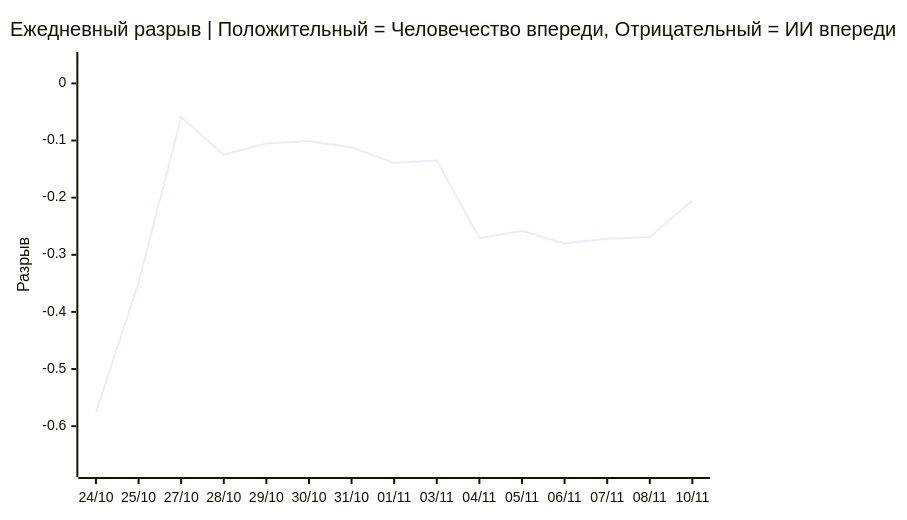
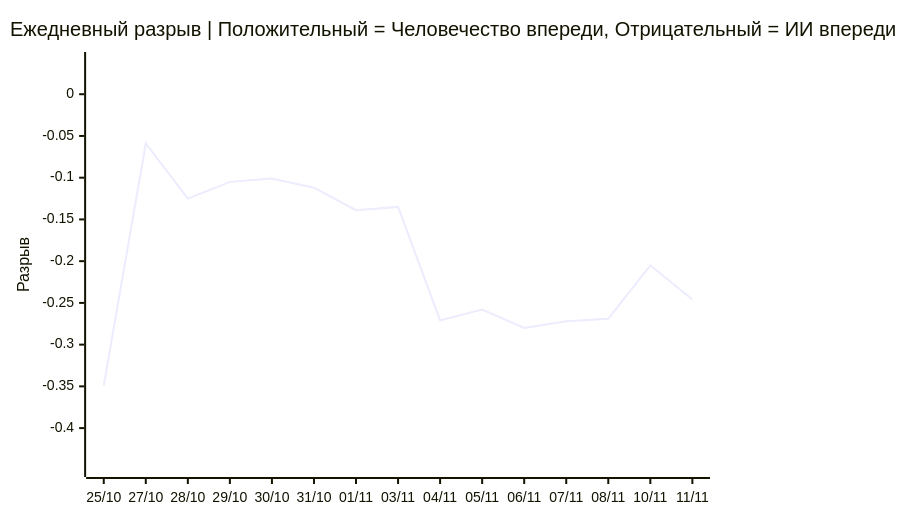
Before and after one commit to VQQLK/Human-AI-Monitor: the third of 3 diagrams in README.ru.md, drawn with Mermaid. The commit also changed other lines of this file and 3 other files, not shown here.

````diff
--- a/README.ru.md
+++ b/README.ru.md
@@ -54,7 +54,7 @@
 ```mermaid
 xychart-beta
     title "Ежедневный разрыв | Положительный = Человечество впереди, Отрицательный = ИИ впереди"
-    x-axis ["24/10", "25/10", "27/10", "28/10", "29/10", "30/10", "31/10", "01/11", "03/11", "04/11", "05/11", "06/11", "07/11", "08/11", "10/11"]
-    y-axis "Разрыв" -0.675 --> 0.041
-    line [-0.576, -0.349, -0.059, -0.125, -0.105, -0.101, -0.112, -0.139, -0.135, -0.271, -0.258, -0.280, -0.272, -0.269, -0.205]
+    x-axis ["25/10", "27/10", "28/10", "29/10", "30/10", "31/10", "01/11", "03/11", "04/11", "05/11", "06/11", "07/11", "08/11", "10/11", "11/11"]
+    y-axis "Разрыв" -0.449 --> 0.041
+    line [-0.349, -0.059, -0.125, -0.105, -0.101, -0.112, -0.139, -0.135, -0.271, -0.258, -0.280, -0.272, -0.269, -0.205, -0.246]
 ```
````
